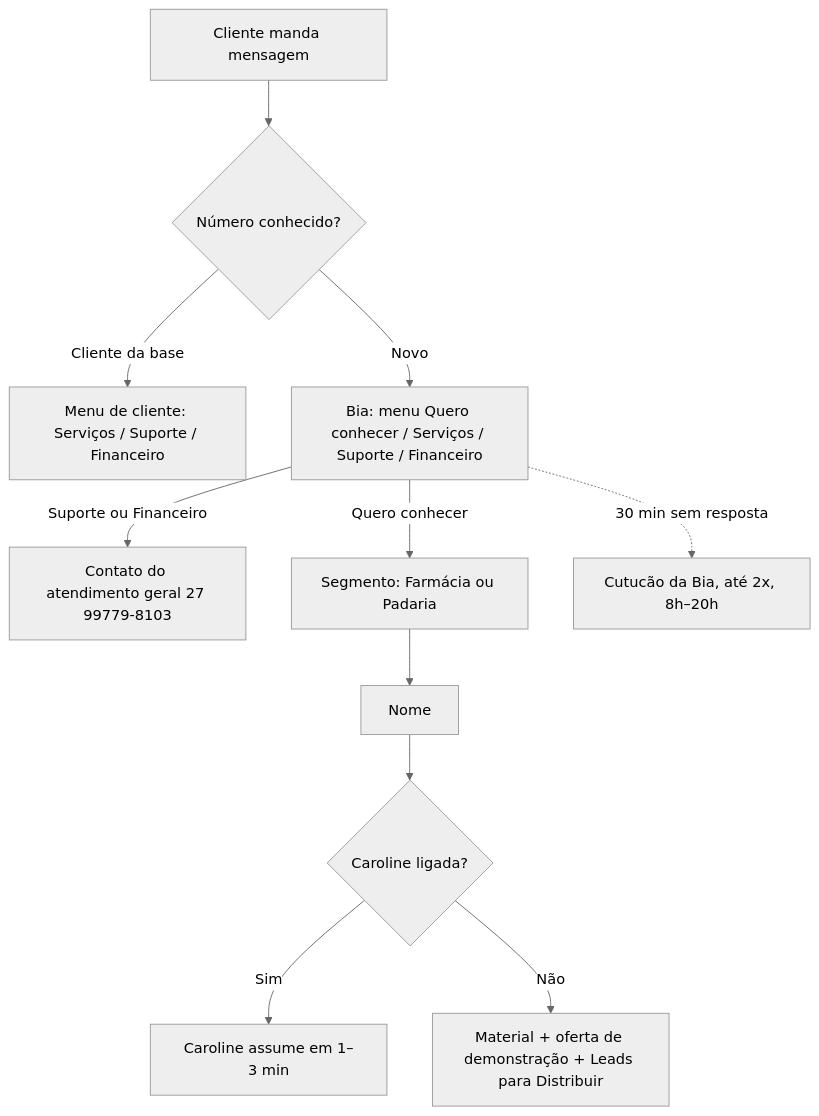
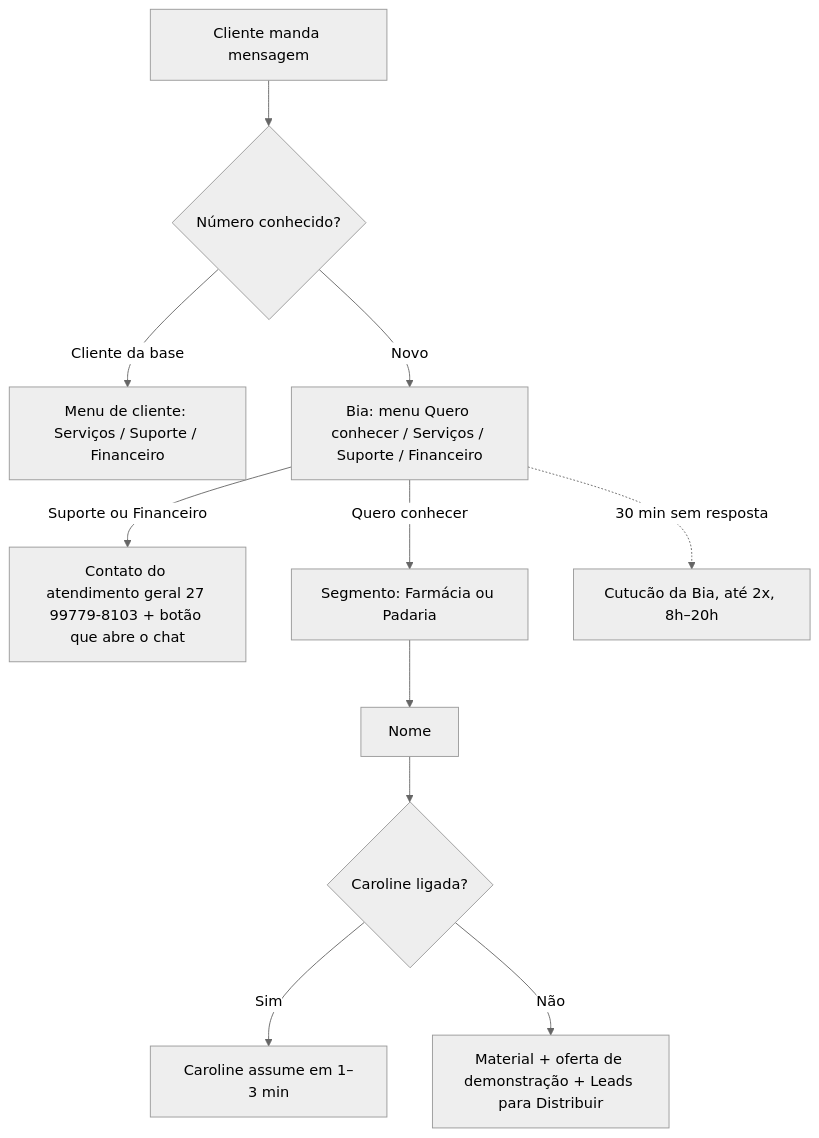
One commit to prosystemcomercial-JESSICA/crmcomercialprosystem changed the first of 3 diagrams in docs/produto/03-app-flow.md. Above: the diagram before and after it, drawn with Mermaid (neutral theme). The commit also changed 1 other file, not shown here.

Commit message:
docs: botão do atendimento geral na triagem

````diff
--- a/docs/produto/03-app-flow.md
+++ b/docs/produto/03-app-flow.md
@@ -18,13 +18,13 @@
 ```mermaid
 flowchart TD
   A[Cliente manda mensagem] --> B{Número conhecido?}
   B -- Cliente da base --> C[Menu de cliente: Serviços / Suporte / Financeiro]
   B -- Novo --> D[Bia: menu Quero conhecer / Serviços / Suporte / Financeiro]
-  D -- Suporte ou Financeiro --> E[Contato do atendimento geral 27 99779-8103]
+  D -- Suporte ou Financeiro --> E[Contato do atendimento geral 27 99779-8103 + botão que abre o chat]
   D -- Quero conhecer --> F[Segmento: Farmácia ou Padaria]
   F --> G[Nome]
   G --> H{Caroline ligada?}
   H -- Sim --> I[Caroline assume em 1–3 min]
   H -- Não --> J[Material + oferta de demonstração + Leads para Distribuir]
   D -. 30 min sem resposta .-> K[Cutucão da Bia, até 2x, 8h–20h]
 ```
````
